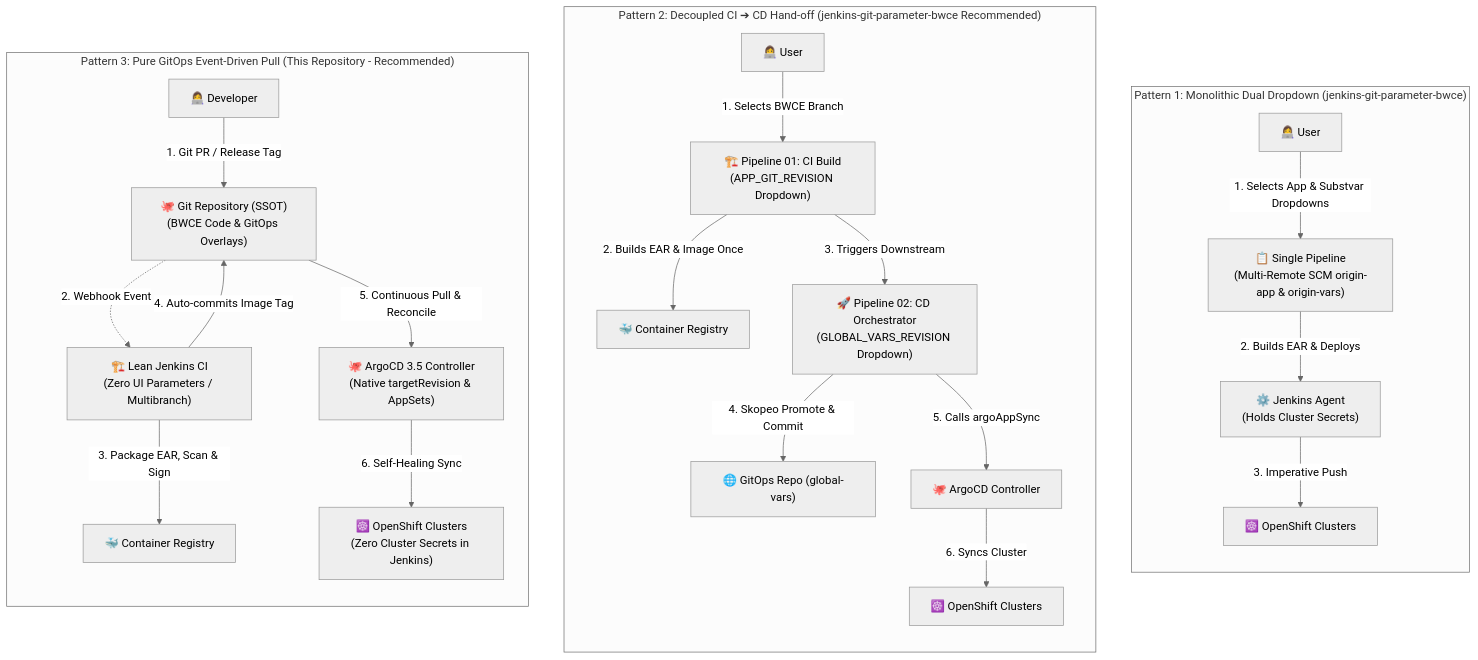
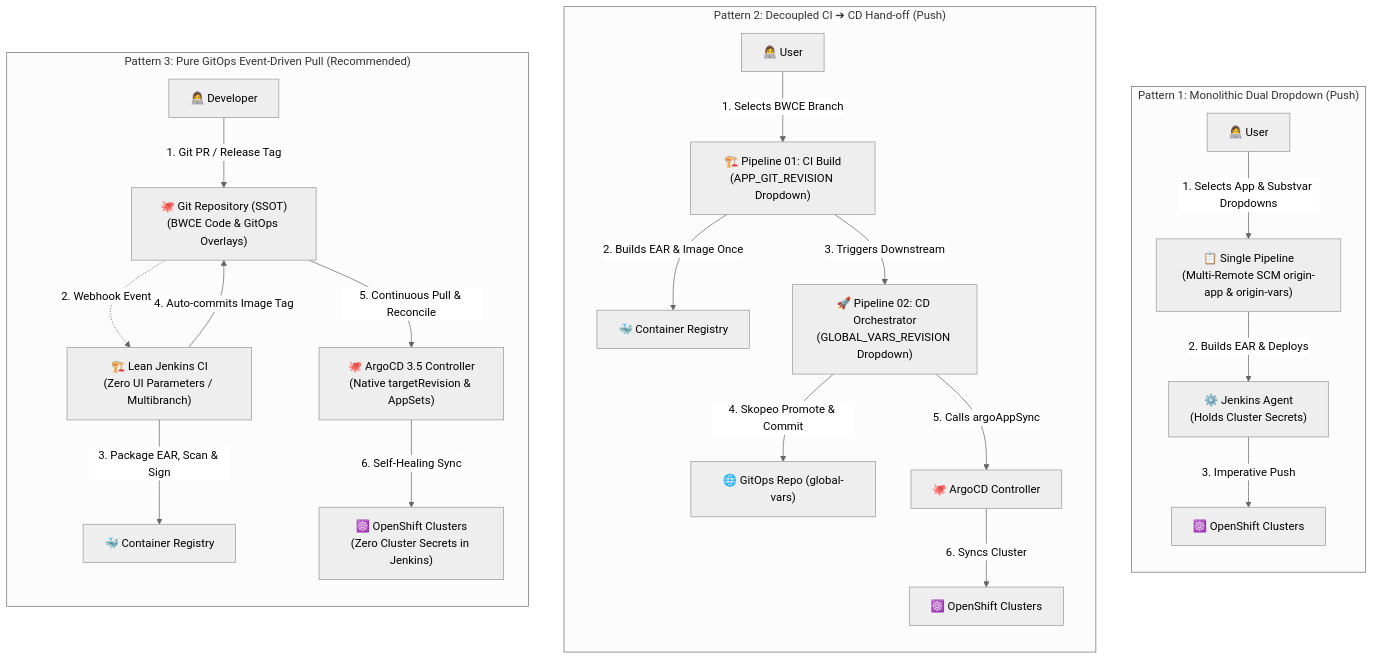
One commit to nubenetes/jenkins-without-git-parameter-bwce changed the first of 15 diagrams in README.md. Above: the diagram before and after it, drawn with Mermaid (neutral theme). The commit also changed other lines of this file, not shown here.

Commit message:
fix(mermaid): shorten sequence labels, break long arrow chains, and compact subgraph titles

````diff
--- a/README.md
+++ b/README.md
@@ -150,29 +150,29 @@
 ```mermaid
 flowchart TB
-    subgraph P1["Pattern 1: Monolithic Dual Dropdown (jenkins-git-parameter-bwce)"]
+    subgraph P1["Pattern 1: Monolithic Dual Dropdown (Push)"]
         direction TB
         Dev1["👩‍💻 User"] -->|"1. Selects App & Substvar Dropdowns"| JJob1["📋 Single Pipeline<br/>(Multi-Remote SCM origin-app & origin-vars)"]
         JJob1 -->|"2. Builds EAR & Deploys"| Agent1["⚙️ Jenkins Agent<br/>(Holds Cluster Secrets)"]
         Agent1 -->|"3. Imperative Push"| K8s1["☸️ OpenShift Clusters"]
     end
 
-    subgraph P2["Pattern 2: Decoupled CI ➔ CD Hand-off (jenkins-git-parameter-bwce Recommended)"]
+    subgraph P2["Pattern 2: Decoupled CI ➔ CD Hand-off (Push)"]
         direction TB
         Dev2["👩‍💻 User"] -->|"1. Selects BWCE Branch"| CI2["🏗️ Pipeline 01: CI Build<br/>(APP_GIT_REVISION Dropdown)"]
         CI2 -->|"2. Builds EAR & Image Once"| Reg2["🐳 Container Registry"]
         CI2 -->|"3. Triggers Downstream"| CD2["🚀 Pipeline 02: CD Orchestrator<br/>(GLOBAL_VARS_REVISION Dropdown)"]
         CD2 -->|"4. Skopeo Promote & Commit"| GitOps2["🌐 GitOps Repo (global-vars)"]
         CD2 -->|"5. Calls argoAppSync"| Argo2["🐙 ArgoCD Controller"]
         Argo2 -->|"6. Syncs Cluster"| K8s2["☸️ OpenShift Clusters"]
     end
 
-    subgraph P3["Pattern 3: Pure GitOps Event-Driven Pull (This Repository - Recommended)"]
+    subgraph P3["Pattern 3: Pure GitOps Event-Driven Pull (Recommended)"]
         direction TB
         Dev3["👩‍💻 Developer"] -->|"1. Git PR / Release Tag"| Git3["🐙 Git Repository (SSOT)<br/>(BWCE Code & GitOps Overlays)"]
         Git3 -.->|"2. Webhook Event"| CI3["🏗️ Lean Jenkins CI<br/>(Zero UI Parameters / Multibranch)"]
         CI3 -->|"3. Package EAR, Scan & Sign"| Reg3["🐳 Container Registry"]
         CI3 -->|"4. Auto-commits Image Tag"| Git3
         Git3 -->|"5. Continuous Pull & Reconcile"| Argo3["🐙 ArgoCD 3.5 Controller<br/>(Native targetRevision & AppSets)"]
         Argo3 -->|"6. Self-Healing Sync"| K8s3["☸️ OpenShift Clusters<br/>(Zero Cluster Secrets in Jenkins)"]
     end
 ```
````
